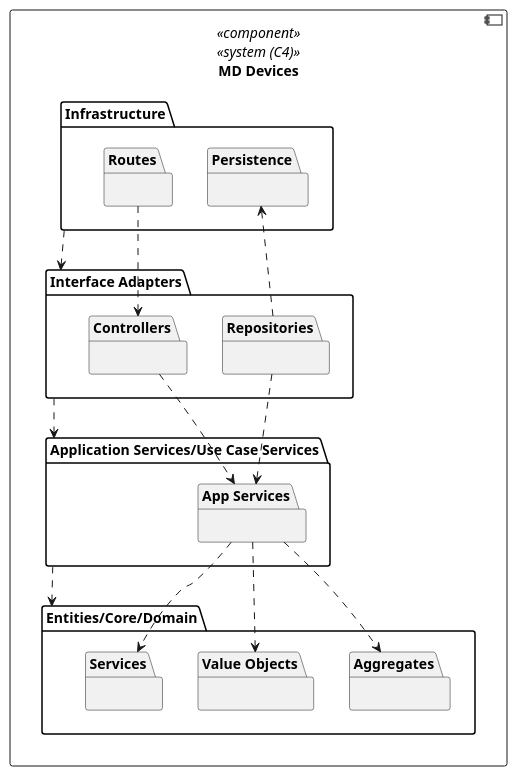
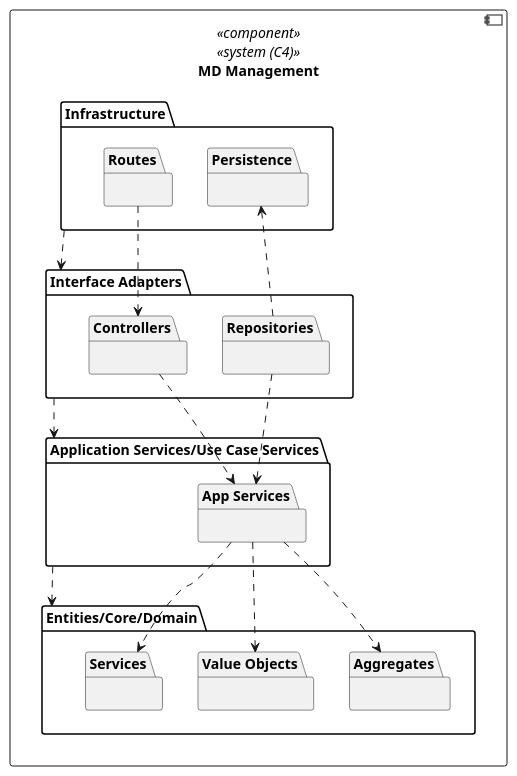
Before and after one commit to miseEnPlace-dev/lapr5: the diagram in _wiki/views/level-3/implementation.puml, drawn with PlantUML. The commit also changed 9 other files, not shown here.

```diff
--- a/_wiki/views/level-3/implementation.puml
+++ b/_wiki/views/level-3/implementation.puml
@@ -1,37 +1,37 @@
 @startuml implemantation-view
 
-component "MD Devices" as MDD <<component>> <<system (C4)>> {
+component "MD Management" as MDM <<component>> <<system (C4)>> {
   folder Infrastructure as I {
     package Persistence as PERS {}
     package Routes as ROUTE {}
   }
 
   folder "Interface Adapters" as IA {
     package Controllers as CTRL {}
     package Repositories as REPO {}
   }
 
   folder "Application Services/Use Case Services" as UC {
     package "App Services" as APP {}
   }
 
   folder "Entities/Core/Domain" as E {
     package "Aggregates" as AGG {}
     package "Value Objects" as VO {}
     package "Services" as SRV {}
   }
 }
 
 ROUTE ..> CTRL
 REPO ..> PERS
 CTRL ..> APP
 REPO ..> APP
 APP ..> AGG
 APP ..> VO
 APP ..> SRV
 
 I ..> IA
 IA ..> UC
 UC ..> E
 
 @enduml
```
